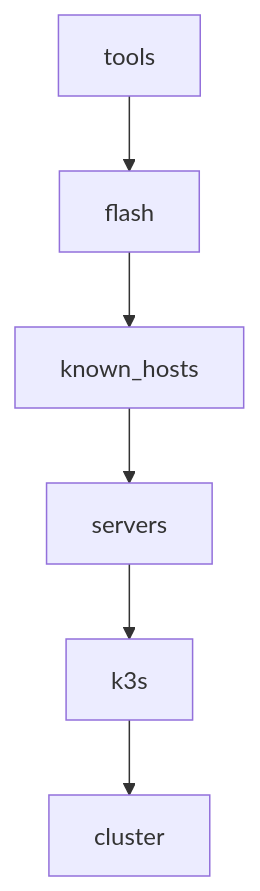
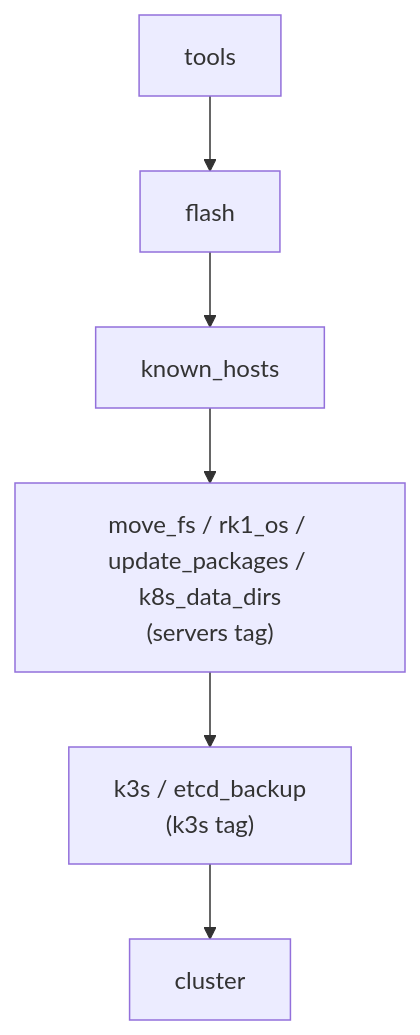
One commit to gilesknap/tpi-k3s-ansible changed the second of 3 diagrams in docs/explanations/architecture.md. Above: the diagram before and after it, drawn with Mermaid. The commit also changed other lines of this file and 46 other files, not shown here.

````diff
--- a/docs/explanations/architecture.md
+++ b/docs/explanations/architecture.md
@@ -66,4 +66,4 @@
 ```mermaid
 flowchart TB
-    T[tools] --> F[flash] --> KH[known_hosts] --> S[servers] --> K[k3s] --> C[cluster]
+    T[tools] --> F[flash] --> KH[known_hosts] --> S["move_fs / rk1_os / update_packages / k8s_data_dirs<br/>(servers tag)"] --> K["k3s / etcd_backup<br/>(k3s tag)"] --> C[cluster]
 ```
````
